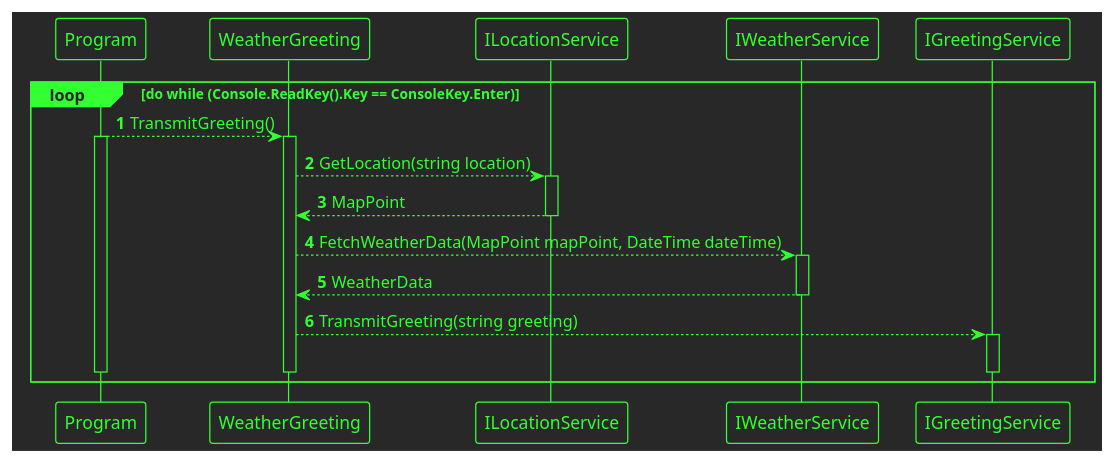
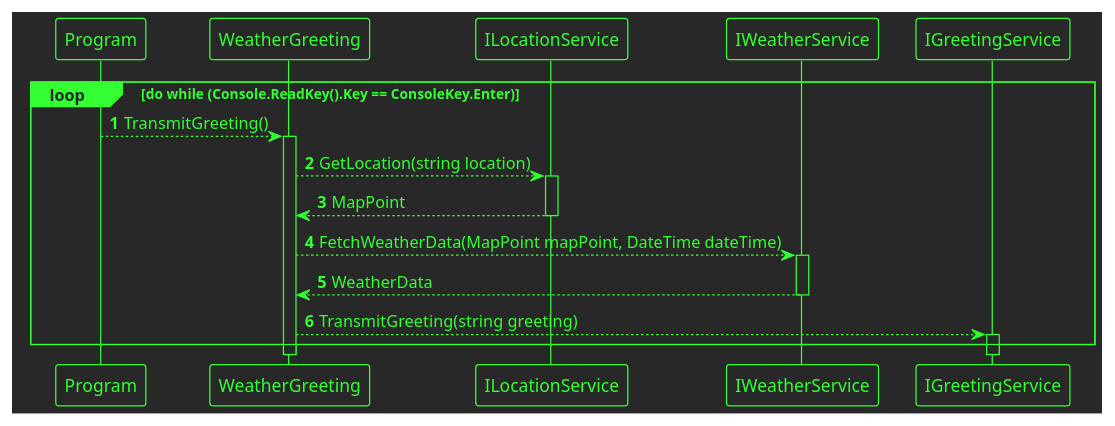
The diagram in WeatherGreeting/WeatherGreeting/WeatherGreetingSequence.puml (d-german/weather-greeting), drawn with PlantUML before and after one commit. The commit also changed other lines of this file, not shown here.

Commit message:
made some changes

```diff
--- a/WeatherGreeting/WeatherGreeting/WeatherGreetingSequence.puml
+++ b/WeatherGreeting/WeatherGreeting/WeatherGreetingSequence.puml
@@ -1,23 +1,13 @@
 @startuml
 !theme crt-green
 'https://plantuml.com/sequence-diagram
 autonumber
 loop do while (Console.ReadKey().Key == ConsoleKey.Enter)
-Program --> WeatherGreeting : TransmitGreeting()
-activate Program
-activate WeatherGreeting
-WeatherGreeting --> ILocationService: GetLocation(string location)
-activate ILocationService
-ILocationService --> WeatherGreeting : MapPoint
-deactivate ILocationService
-WeatherGreeting --> IWeatherService : FetchWeatherData(MapPoint mapPoint, DateTime dateTime)
-activate IWeatherService
-IWeatherService --> WeatherGreeting : WeatherData
-deactivate IWeatherService
-WeatherGreeting --> IGreetingService: TransmitGreeting(string greeting)
-activate IGreetingService
-deactivate IGreetingService
-deactivate WeatherGreeting
-deactivate Program
+Program --> WeatherGreeting ++ : TransmitGreeting()
+WeatherGreeting --> ILocationService ++ : GetLocation(string location)
+return MapPoint
+WeatherGreeting --> IWeatherService ++ : FetchWeatherData(MapPoint mapPoint, DateTime dateTime)
+return WeatherData
+WeatherGreeting --> IGreetingService ++ : TransmitGreeting(string greeting)
 end
 @enduml
```
